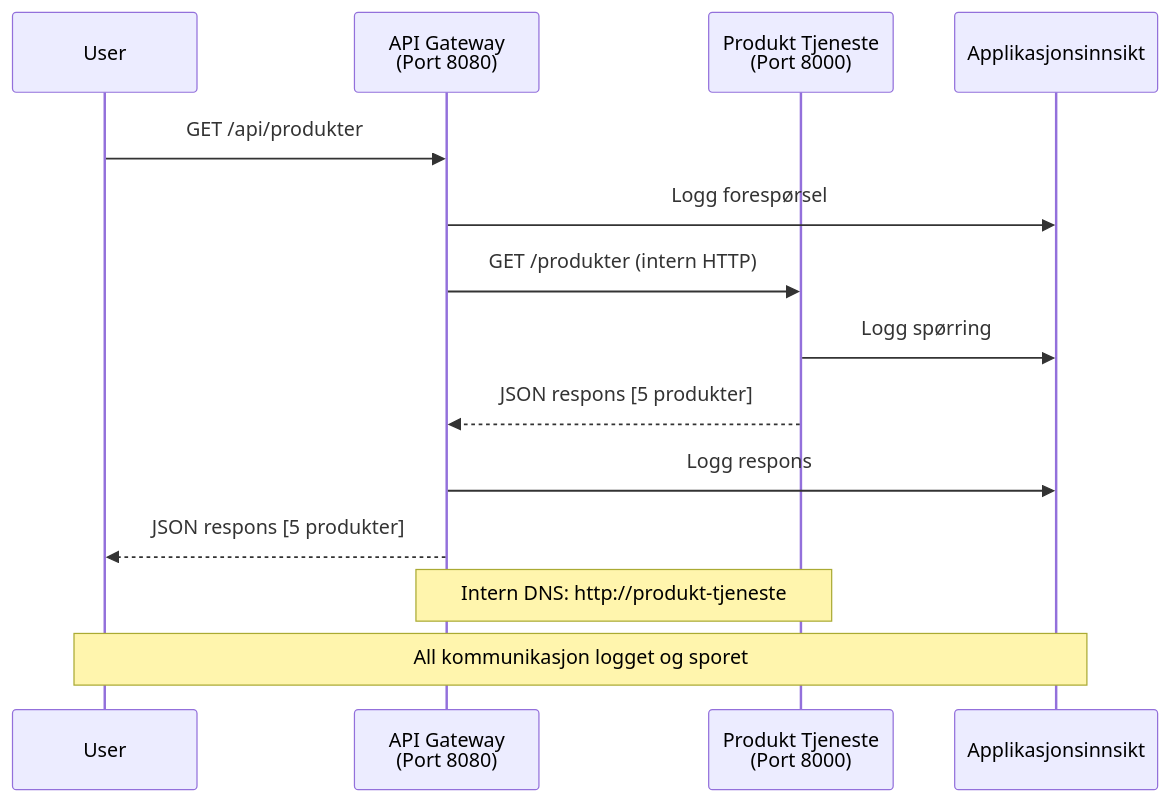
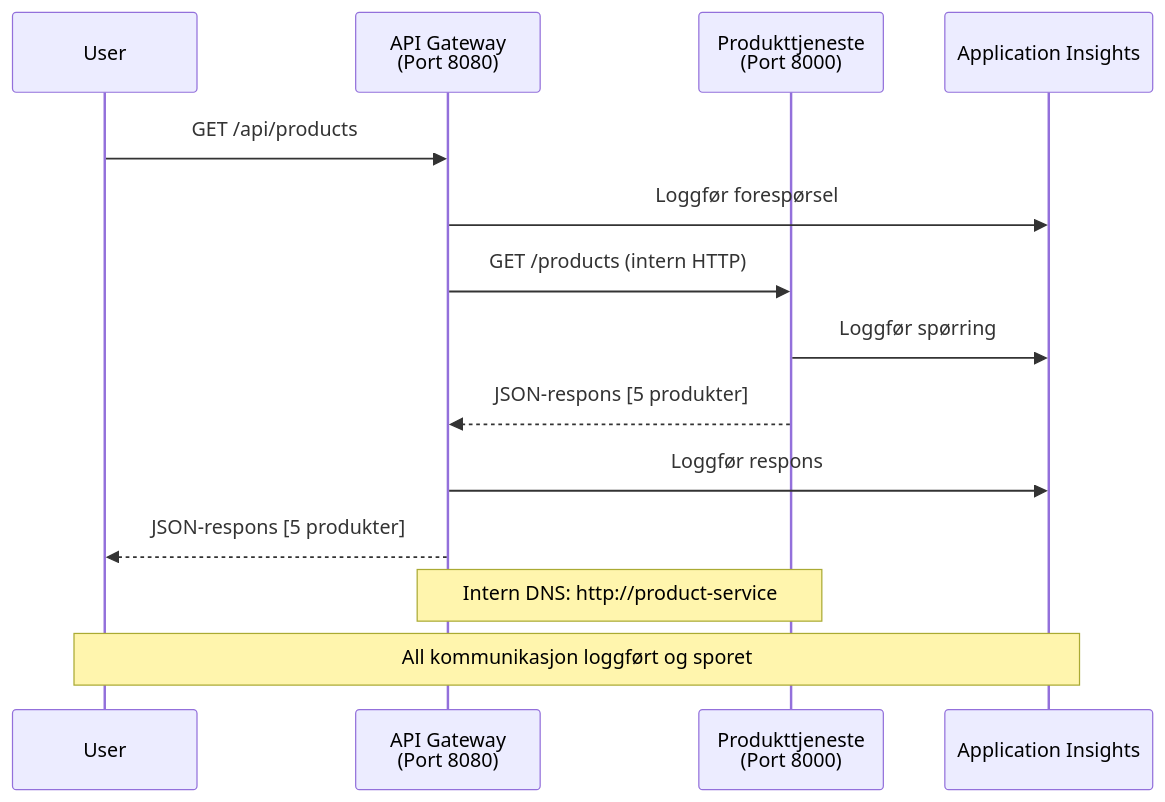
Before and after one commit to microsoft/AZD-for-beginners: the fourth of 4 diagrams in translations/no/examples/microservices/README.md, drawn with Mermaid. The commit also changed other lines of this file and 242 other files, not shown here.

````diff
--- a/translations/no/examples/microservices/README.md
+++ b/translations/no/examples/microservices/README.md
@@ -432,18 +423,18 @@
 ```mermaid
 sequenceDiagram
     participant User
     participant Gateway as API Gateway<br/>(Port 8080)
-    participant Product as Produkt Tjeneste<br/>(Port 8000)
-    participant AI as Applikasjonsinnsikt
+    participant Product as Produkttjeneste<br/>(Port 8000)
+    participant AI as Application Insights
     
-    User->>Gateway: GET /api/produkter
-    Gateway->>AI: Logg forespørsel
-    Gateway->>Product: GET /produkter (intern HTTP)
-    Product->>AI: Logg spørring
-    Product-->>Gateway: JSON respons [5 produkter]
-    Gateway->>AI: Logg respons
-    Gateway-->>User: JSON respons [5 produkter]
+    User->>Gateway: GET /api/products
+    Gateway->>AI: Loggfør forespørsel
+    Gateway->>Product: GET /products (intern HTTP)
+    Product->>AI: Loggfør spørring
+    Product-->>Gateway: JSON-respons [5 produkter]
+    Gateway->>AI: Loggfør respons
+    Gateway-->>User: JSON-respons [5 produkter]
     
-    Note over Gateway,Product: Intern DNS: http://produkt-tjeneste
-    Note over User,AI: All kommunikasjon logget og sporet
+    Note over Gateway,Product: Intern DNS: http://product-service
+    Note over User,AI: All kommunikasjon loggført og sporet
 ```
````
